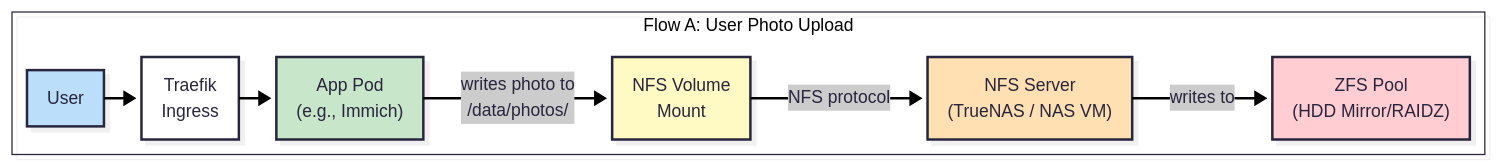
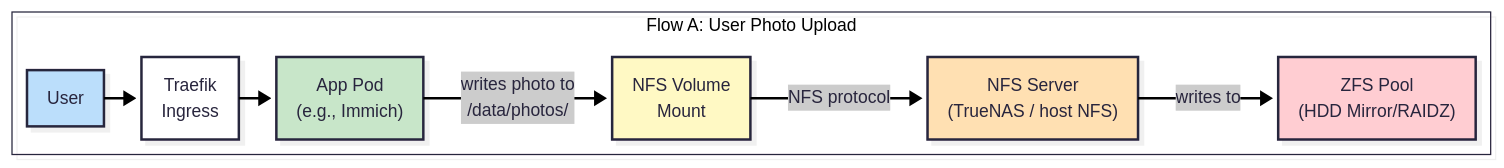
One commit to sinhaaritro/platform-stack changed the first of 4 diagrams in docs/storage/ARCHITECTURE.md. Above: the diagram before and after it, drawn with Mermaid. The commit also changed other lines of this file and 24 other files, not shown here.

Commit message:
feat: migrate Immich to NFS storage, add dual-domain ingress for Copyparty, and update storage architecture documentation.

````diff
--- a/docs/storage/ARCHITECTURE.md
+++ b/docs/storage/ARCHITECTURE.md
@@ -150,23 +150,23 @@
 ```mermaid
 ---
 config:
   theme: redux
   look: neo
   layout: elk
 ---
 flowchart LR
   subgraph Diagram["Flow A: User Photo Upload"]
     User["User"] --> Ingress["Traefik\nIngress"]
     Ingress --> AppPod["App Pod\n(e.g., Immich)"]
     AppPod -->|"writes photo to\n/data/photos/"| NFSMount["NFS Volume\nMount"]
-    NFSMount -->|"NFS protocol"| NFSServer["NFS Server\n(TrueNAS / NAS VM)"]
+    NFSMount -->|"NFS protocol"| NFSServer["NFS Server\n(TrueNAS / host NFS)"]
     NFSServer -->|"writes to"| ZFSPool["ZFS Pool\n(HDD Mirror/RAIDZ)"]
   end
 
   style User fill:#BBDEFB
   style AppPod fill:#C8E6C9
   style NFSMount fill:#FFF9C4
   style NFSServer fill:#FFE0B2
   style ZFSPool fill:#FFCDD2
   style Diagram fill:transparent
 ```
````
